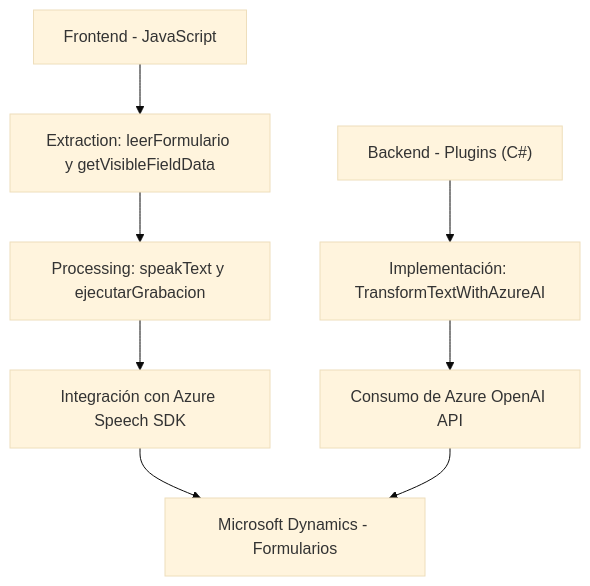
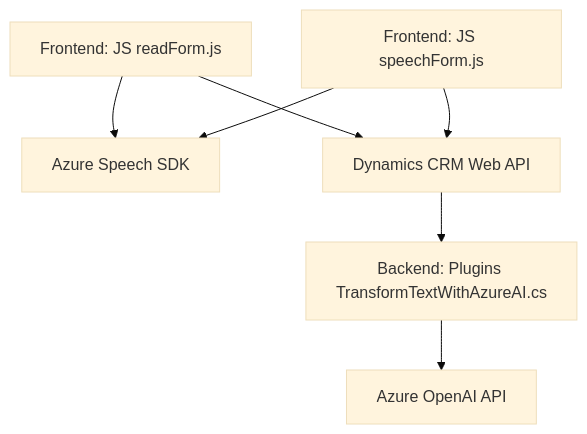
The diagram in README.md (blopezdm/NETCORE_BILBAO2025), drawn with Mermaid (base theme) before and after one commit. The commit also changed other lines of this file, not shown here.

Commit message:
Actualizar análisis global de la solución con IA

````diff
--- a/README.md
+++ b/README.md
@@ -40,12 +61,9 @@
 ```mermaid
 graph TD
-  A["Frontend - JavaScript"] --> B["Extraction: leerFormulario y getVisibleFieldData"]
-  B --> C["Processing: speakText y ejecutarGrabacion"]
-  C --> D["Integración con Azure Speech SDK"]
-
-  E["Backend - Plugins (C#)"] --> F["Implementación: TransformTextWithAzureAI"]
-  F --> G["Consumo de Azure OpenAI API"]
-  
-  D --> H["Microsoft Dynamics - Formularios"]
-  G --> H
+    A["Frontend: JS readForm.js"] --> B["Azure Speech SDK"]
+    A --> C["Dynamics CRM Web API"]
+    D["Frontend: JS speechForm.js"] --> B
+    D --> C
+    C --> E["Backend: Plugins TransformTextWithAzureAI.cs"]
+    E --> F["Azure OpenAI API"]
 ```
````
